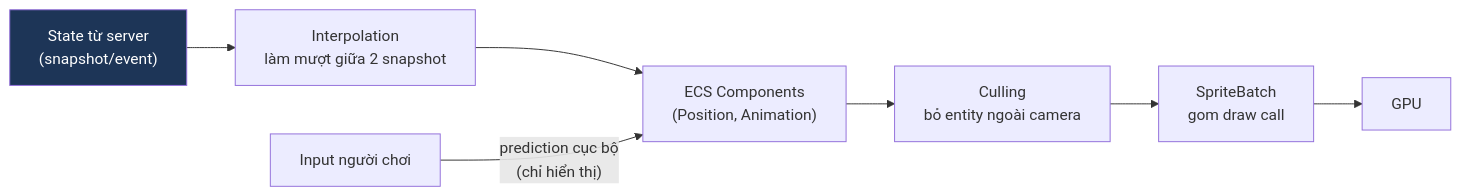
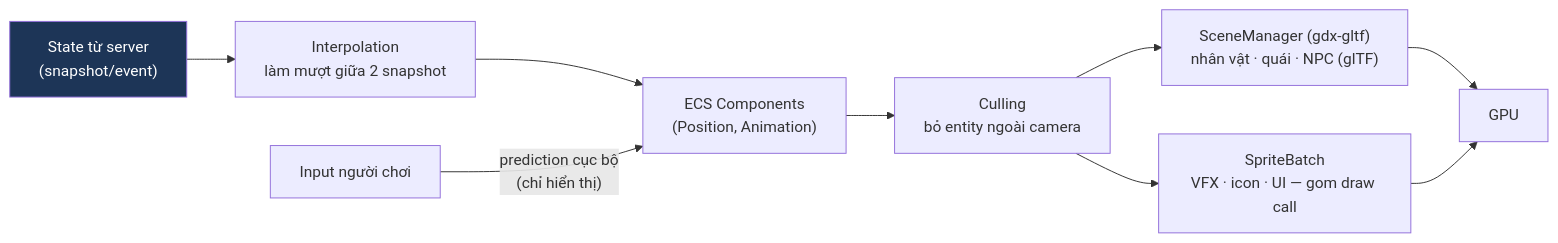
Before and after one commit to ta-min-hieu/shinobi-engine: the tenth of 10 diagrams in docs/01-architecture/ARCHITECTURE.md, drawn with Mermaid. The commit also changed other lines of this file and 5 other files, not shown here.

First line of the commit message:
docs: align client/architecture docs with the ADR-031 two-branch renderer

````diff
--- a/docs/01-architecture/ARCHITECTURE.md
+++ b/docs/01-architecture/ARCHITECTURE.md
@@ -347,11 +347,13 @@
 ```mermaid
 graph LR
     Snap["State từ server<br/>(snapshot/event)"] --> Interp["Interpolation<br/>làm mượt giữa 2 snapshot"]
     Interp --> ECS["ECS Components<br/>(Position, Animation)"]
     Input["Input người chơi"] -->|"prediction cục bộ<br/>(chỉ hiển thị)"| ECS
     ECS --> Cull["Culling<br/>bỏ entity ngoài camera"]
-    Cull --> Batch["SpriteBatch<br/>gom draw call"]
+    Cull --> Model["SceneManager (gdx-gltf)<br/>nhân vật · quái · NPC (glTF)"]
+    Cull --> Batch["SpriteBatch<br/>VFX · icon · UI — gom draw call"]
+    Model --> GPU["GPU"]
     Batch --> GPU["GPU"]
 
     style Snap fill:#1d3557,color:#fff
 ```
````
